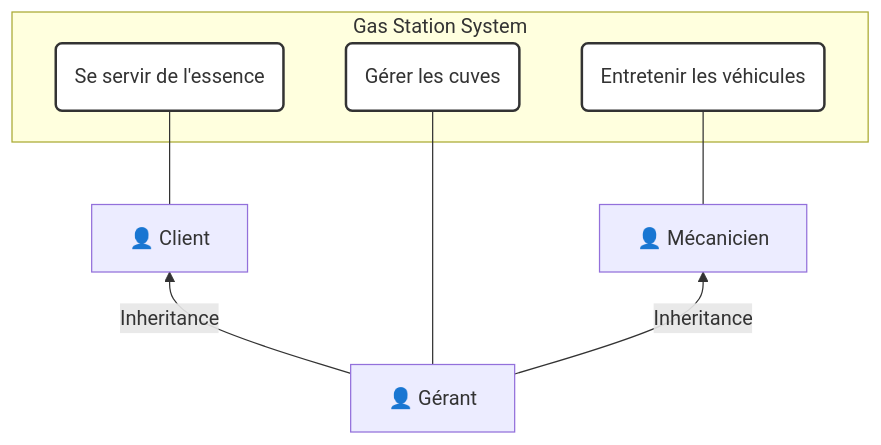
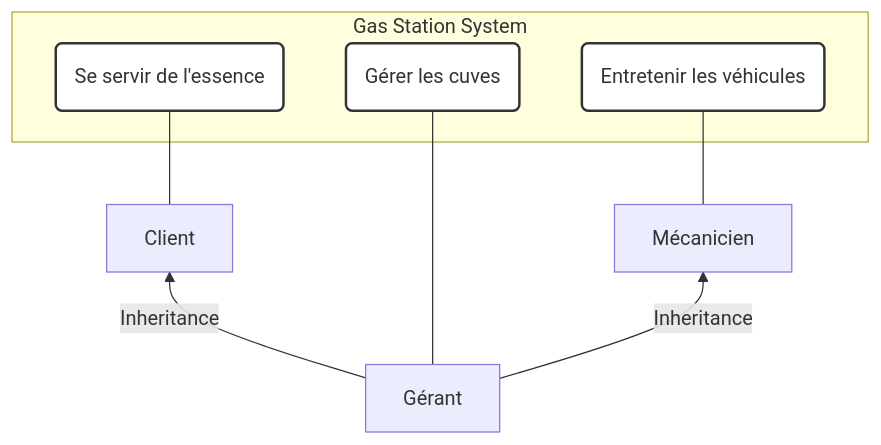
One commit to Vtheonly/Obsidian_Notes changed the ninth of 34 diagrams in Master 1/S2/Advanced Code Patterns/Chapter 1.1: Use Case Diagram/00100 Excercise.md. Above: the diagram before and after it, drawn with Mermaid. The commit also changed other lines of this file and 3934 other files, not shown here.

````diff
--- a/Master 1/S2/Advanced Code Patterns/Chapter 1.1: Use Case Diagram/00100 Excercise.md
+++ b/Master 1/S2/Advanced Code Patterns/Chapter 1.1: Use Case Diagram/00100 Excercise.md
@@ -514,19 +514,19 @@
 ```mermaid
 graph BT
     subgraph Gas Station System
         UC_Gas(Se servir de l'essence)
         UC_Manage(Gérer les cuves)
         UC_Repair(Entretenir les véhicules)
     end
     
-    A_Client["👤 Client"] --- UC_Gas
-    A_Mechanic["👤 Mécanicien"] --- UC_Repair
+    A_Client[" Client"] --- UC_Gas
+    A_Mechanic[" Mécanicien"] --- UC_Repair
     
-    A_Manager["👤 Gérant"] -->|Inheritance| A_Client
+    A_Manager[" Gérant"] -->|Inheritance| A_Client
     A_Manager -->|Inheritance| A_Mechanic
     A_Manager --- UC_Manage
     
     style UC_Gas fill:#fff,stroke:#333,stroke-width:2px;
     style UC_Manage fill:#fff,stroke:#333,stroke-width:2px;
     style UC_Repair fill:#fff,stroke:#333,stroke-width:2px;
 ```
````
